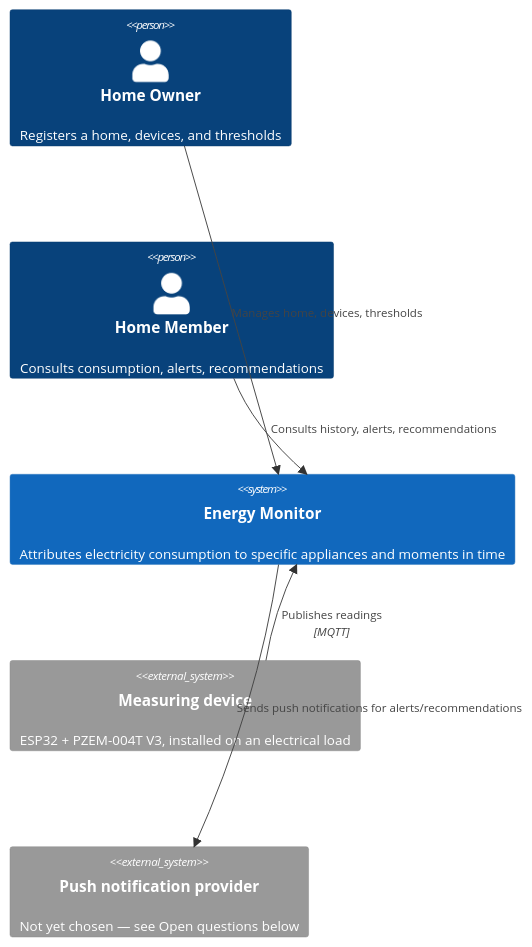
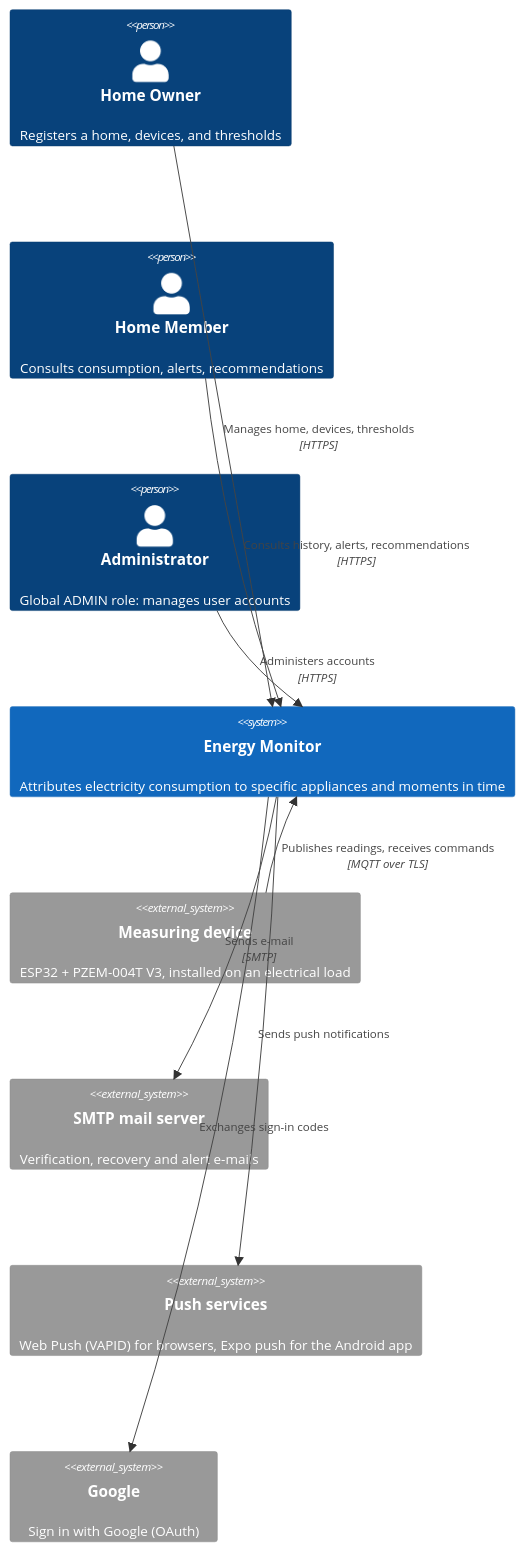
One commit to code-sena/en-monitor-docs changed the first of 2 diagrams in 05-architecture/overview.md. Above: the diagram before and after it, drawn with Mermaid. The commit also changed other lines of this file and 7 other files, not shown here.

Commit message:
docs(architecture): describe the gateway, the services and the modular backend in production

````diff
--- a/05-architecture/overview.md
+++ b/05-architecture/overview.md
@@ -9,13 +17,19 @@
 ```mermaid
 C4Context
     Person(owner, "Home Owner", "Registers a home, devices, and thresholds")
     Person(member, "Home Member", "Consults consumption, alerts, recommendations")
+    Person(admin, "Administrator", "Global ADMIN role: manages user accounts")
     System(energyMonitor, "Energy Monitor", "Attributes electricity consumption to specific appliances and moments in time")
     System_Ext(measuringDevice, "Measuring device", "ESP32 + PZEM-004T V3, installed on an electrical load")
-    System_Ext(pushProvider, "Push notification provider", "Not yet chosen — see Open questions below")
+    System_Ext(mail, "SMTP mail server", "Verification, recovery and alert e-mails")
+    System_Ext(push, "Push services", "Web Push (VAPID) for browsers, Expo push for the Android app")
+    System_Ext(google, "Google", "Sign in with Google (OAuth)")
 
-    Rel(owner, energyMonitor, "Manages home, devices, thresholds")
-    Rel(member, energyMonitor, "Consults history, alerts, recommendations")
-    Rel(measuringDevice, energyMonitor, "Publishes readings", "MQTT")
-    Rel(energyMonitor, pushProvider, "Sends push notifications for alerts/recommendations")
+    Rel(owner, energyMonitor, "Manages home, devices, thresholds", "HTTPS")
+    Rel(member, energyMonitor, "Consults history, alerts, recommendations", "HTTPS")
+    Rel(admin, energyMonitor, "Administers accounts", "HTTPS")
+    Rel(measuringDevice, energyMonitor, "Publishes readings, receives commands", "MQTT over TLS")
+    Rel(energyMonitor, mail, "Sends e-mail", "SMTP")
+    Rel(energyMonitor, push, "Sends push notifications")
+    Rel(energyMonitor, google, "Exchanges sign-in codes")
 ```
````
